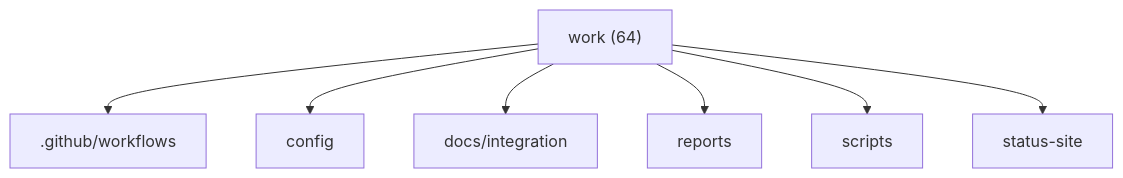
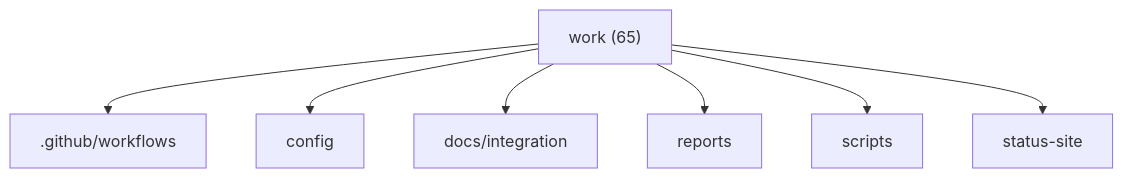
The first of 3 diagrams in reports/branch-intelligence/graphs.md (M0nado/helios-platform), drawn with Mermaid before and after one commit. The commit also changed other lines of this file and 60 other files, not shown here.

````diff
--- a/reports/branch-intelligence/graphs.md
+++ b/reports/branch-intelligence/graphs.md
@@ -5,10 +5,10 @@
 ```mermaid
 graph TD
-  work["work (64)"]
+  work["work (65)"]
   work --> _github_workflows[".github/workflows"]
   work --> config["config"]
   work --> docs_integration["docs/integration"]
   work --> reports["reports"]
   work --> scripts["scripts"]
   work --> status_site["status-site"]
 ```
````
